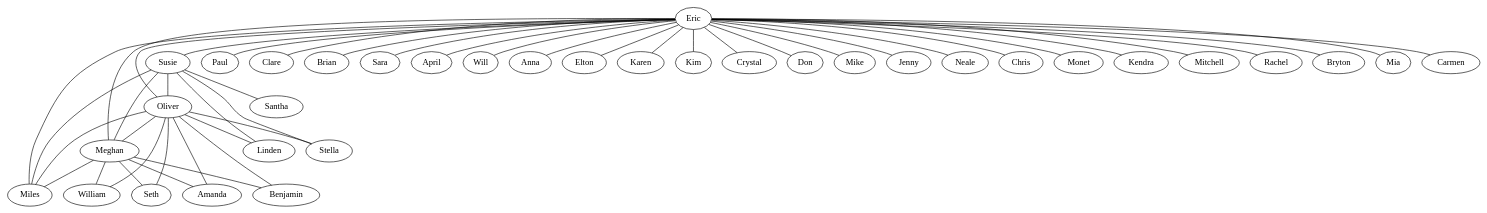
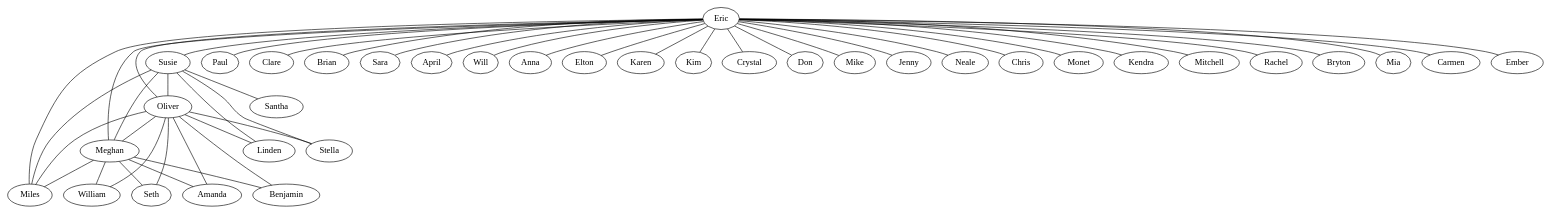
The diagram in contacts.dot (erjank/contact-network), drawn with Graphviz before and after one commit.

Commit message:
Some initial tests with easy-to-remember contacts over past week. Tested comments.

```diff
--- a/contacts.dot
+++ b/contacts.dot
@@ -1,20 +1,21 @@
 graph contacts{
 Eric -- {Meghan Oliver Miles}
 Oliver -- {William Seth Amanda Benjamin}
 Oliver -- {Meghan Miles}
 Oliver -- {Linden Stella}
 Meghan -- {Miles}
 Meghan -- {William Seth Amanda Benjamin}
 Eric -- {Susie Paul Clare Brian Sara April}
 Eric -- {Will Anna}
 Eric -- {Elton Karen Kim Crystal Don}
 Eric -- {Mike Jenny Neale Chris Monet Kendra Mitchell Rachel Bryton Mia}
 Susie -- {Santha Linden Stella}
 Susie -- {Oliver Miles Meghan}
-Eric -- {Carmen}
+Eric -- {Carmen} //March 13 office hours
+Eric -- {Ember} // March 11 lunch
 
 
 overlap=false
 splines=curved
 splines=true
 }
```
